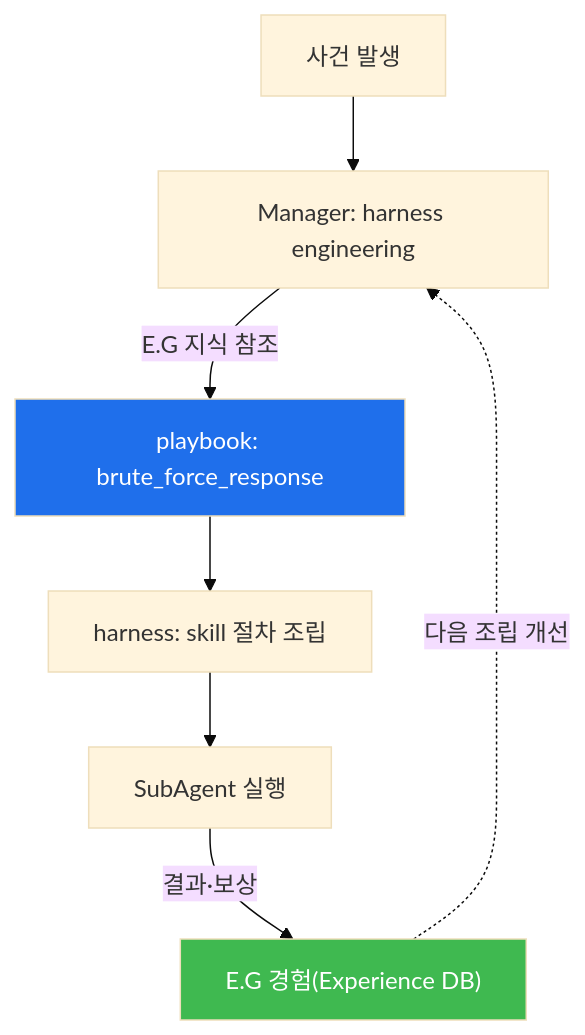
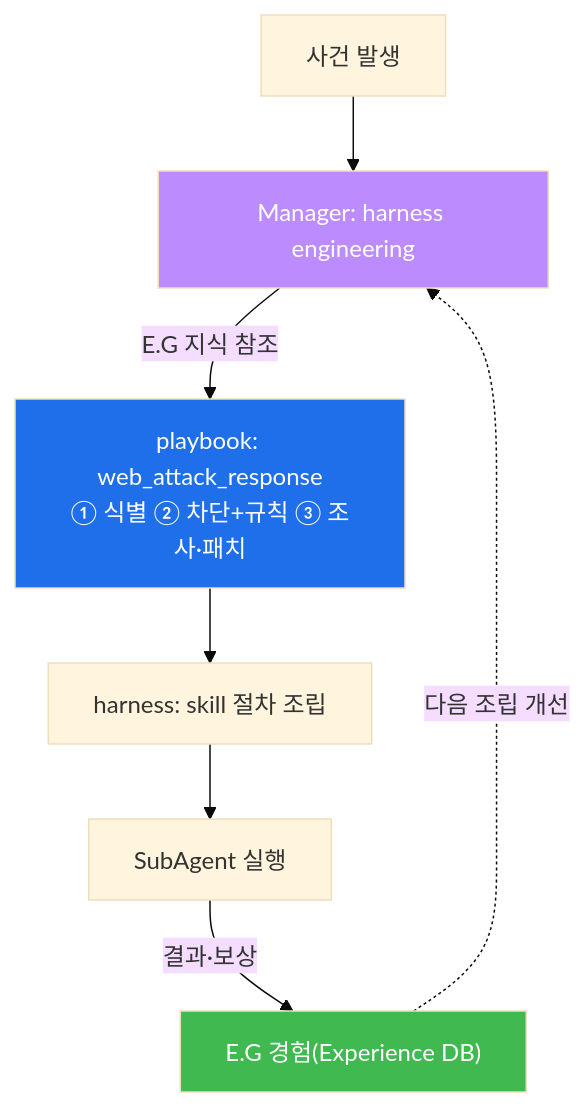
One commit to mrgrit/tw2 changed the first of 9 diagrams in contents/training/aisec/lecture_week06.md. Above: the diagram before and after it, drawn with Mermaid (base theme). The commit also changed other lines of this file and 304 other files, not shown here.

````diff
--- a/contents/training/aisec/lecture_week06.md
+++ b/contents/training/aisec/lecture_week06.md
@@ -53,11 +81,12 @@
 ```mermaid
 graph TD
     E["사건 발생"] --> M["Manager: harness engineering"]
-    M -->|E.G 지식 참조| PB["playbook: brute_force_response"]
+    M -->|"E.G 지식 참조"| PB["playbook: web_attack_response<br/>① 식별 ② 차단+규칙 ③ 조사·패치"]
     PB --> H["harness: skill 절차 조립"]
     H --> EX["SubAgent 실행"]
-    EX -->|결과·보상| XP["E.G 경험(Experience DB)"]
-    XP -.다음 조립 개선.-> M
+    EX -->|"결과·보상"| XP["E.G 경험(Experience DB)"]
+    XP -.->|"다음 조립 개선"| M
     style PB fill:#1f6feb,color:#fff
     style XP fill:#3fb950,color:#fff
+    style M fill:#bc8cff,color:#fff
 ```
````
